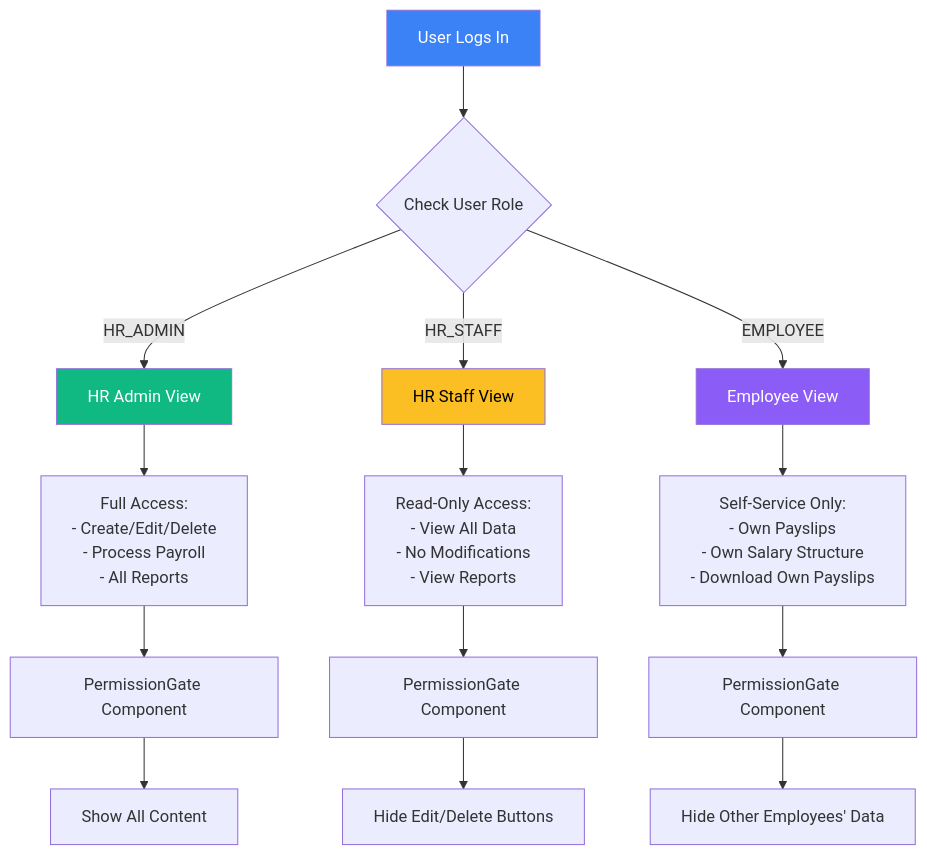
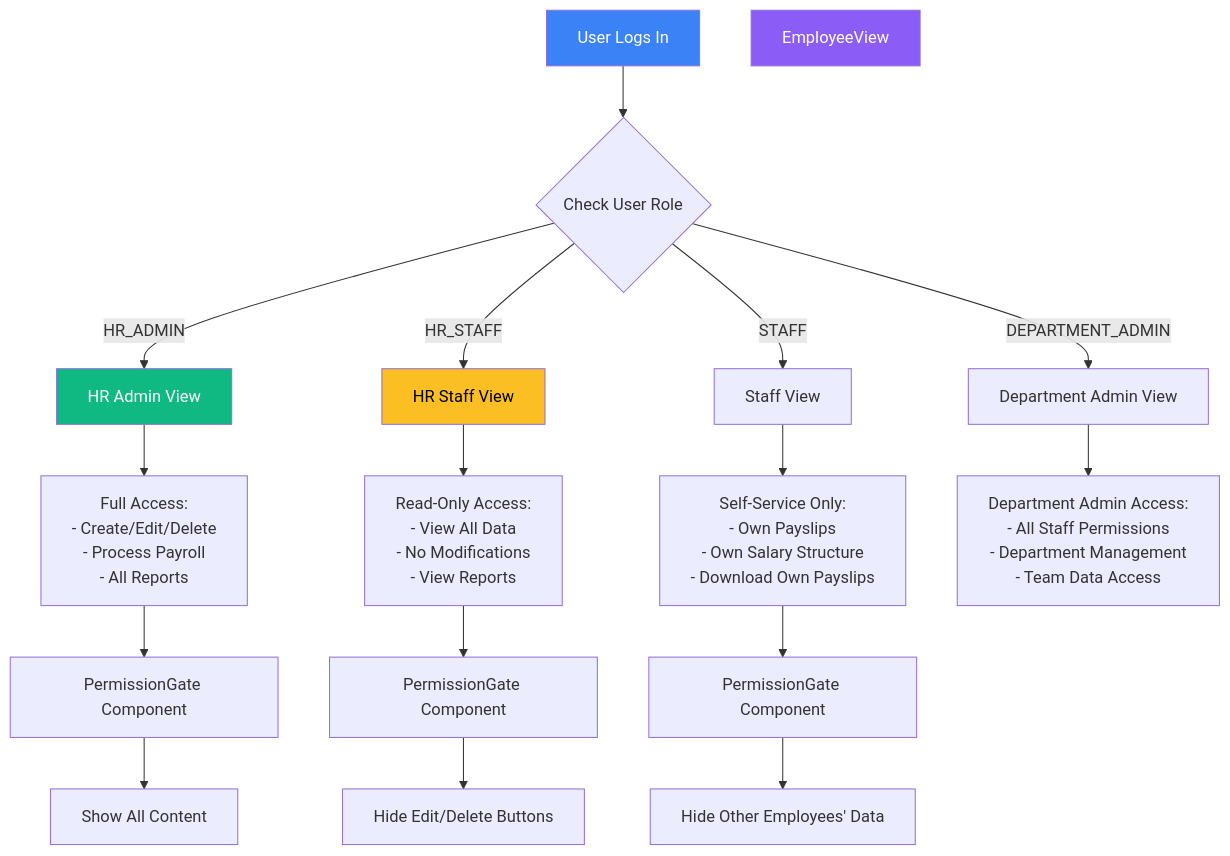
One commit to Sannabs/Datafin-HRMS-Docs-And-Backend changed diagram 13 of 18 in Datafin-HRMS-Docs/docs/payroll/payroll-frontend-ui-diagrams.md. Above: the diagram before and after it, drawn with Mermaid. The commit also changed 12 other files, not shown here.

First line of the commit message:
Update role-based access control and permissions across documentation and codebase

````diff
--- a/Datafin-HRMS-Docs/docs/payroll/payroll-frontend-ui-diagrams.md
+++ b/Datafin-HRMS-Docs/docs/payroll/payroll-frontend-ui-diagrams.md
@@ -545,27 +545,30 @@
 ```mermaid
 graph TD
     User[User Logs In] --> CheckRole{Check User Role}
     
     CheckRole -->|HR_ADMIN| HRAdminView[HR Admin View]
     CheckRole -->|HR_STAFF| HRStaffView[HR Staff View]
-    CheckRole -->|EMPLOYEE| EmployeeView[Employee View]
+    CheckRole -->|STAFF| StaffView[Staff View]
+    CheckRole -->|DEPARTMENT_ADMIN| DeptAdminView[Department Admin View]
     
     HRAdminView --> FullAccess[Full Access:<br/>- Create/Edit/Delete<br/>- Process Payroll<br/>- All Reports]
     
     HRStaffView --> ReadOnly[Read-Only Access:<br/>- View All Data<br/>- No Modifications<br/>- View Reports]
     
-    EmployeeView --> SelfService[Self-Service Only:<br/>- Own Payslips<br/>- Own Salary Structure<br/>- Download Own Payslips]
+    StaffView --> SelfService[Self-Service Only:<br/>- Own Payslips<br/>- Own Salary Structure<br/>- Download Own Payslips]
+    
+    DeptAdminView --> DeptAccess[Department Admin Access:<br/>- All Staff Permissions<br/>- Department Management<br/>- Team Data Access]
     
     FullAccess --> PermissionGate1[PermissionGate Component]
     ReadOnly --> PermissionGate2[PermissionGate Component]
     SelfService --> PermissionGate3[PermissionGate Component]
     
     PermissionGate1 --> ShowContent1[Show All Content]
     PermissionGate2 --> HideEditButtons[Hide Edit/Delete Buttons]
     PermissionGate3 --> HideOtherData[Hide Other Employees' Data]
     
     style User fill:#3b82f6,color:#fff
     style HRAdminView fill:#10b981,color:#fff
     style HRStaffView fill:#fbbf24,color:#000
     style EmployeeView fill:#8b5cf6,color:#fff
 ```
````
